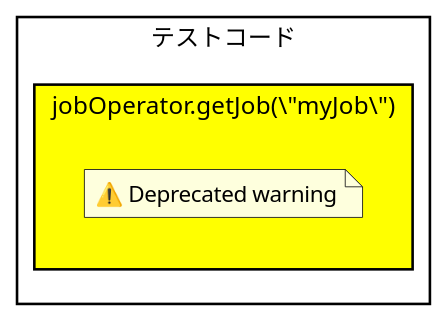
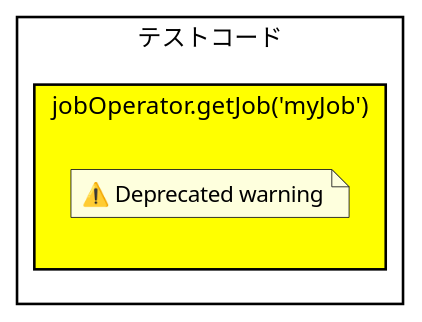
The first of 2 diagrams in output/spring-batch/6.0.1/closed/20251230-183614/markdown/issues_summary/issue_5123.md (mochimoching/github_issue_translate), drawn with PlantUML before and after one commit. The commit also changed other lines of this file and 27 other files, not shown here.

````diff
--- a/output/spring-batch/6.0.1/closed/20251230-183614/markdown/issues_summary/issue_5123.md
+++ b/output/spring-batch/6.0.1/closed/20251230-183614/markdown/issues_summary/issue_5123.md
@@ -103,12 +103,15 @@
 ```plantuml
 @startuml
+skinparam state {
+  MinimumWidth 180
+}
 rectangle "テストコード" {
-  rectangle "jobOperator.getJob(\"myJob\")" #yellow {
+  rectangle "jobOperator.getJob('myJob')" #yellow {
     note right
       ⚠️ Deprecated warning
       'getJob(String)' is deprecated
     end note
   }
 }
 @enduml
 ```
````
